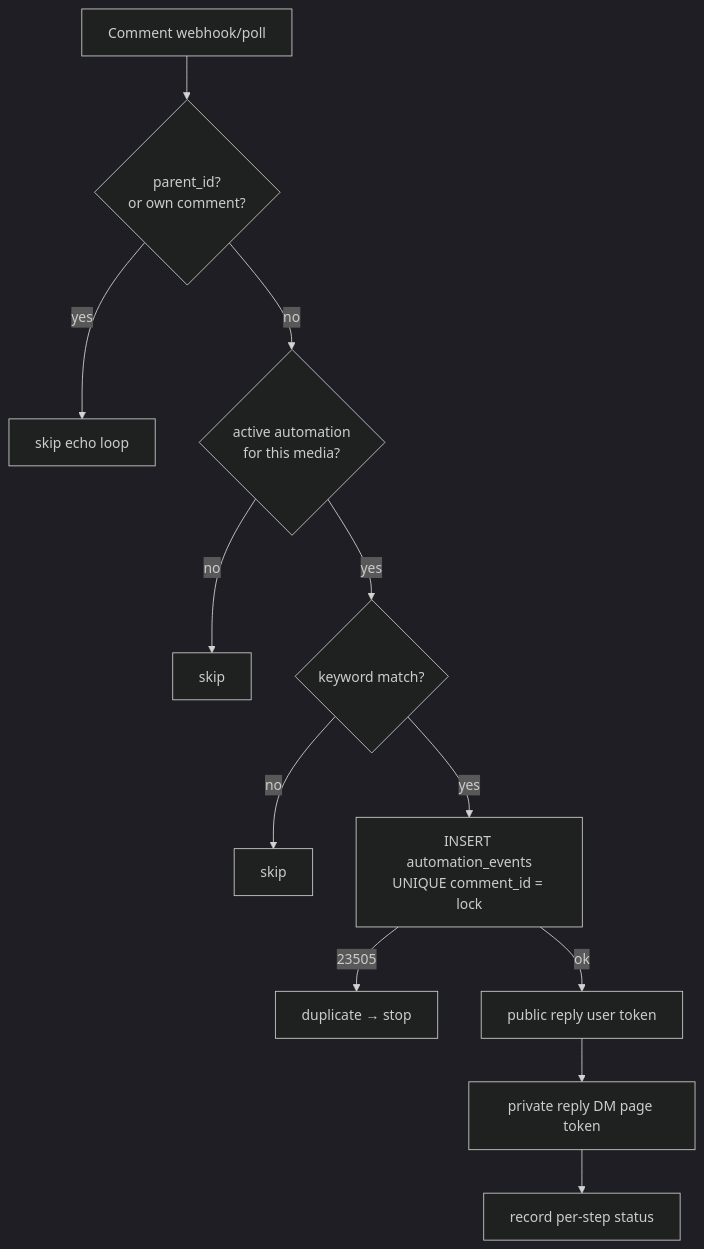
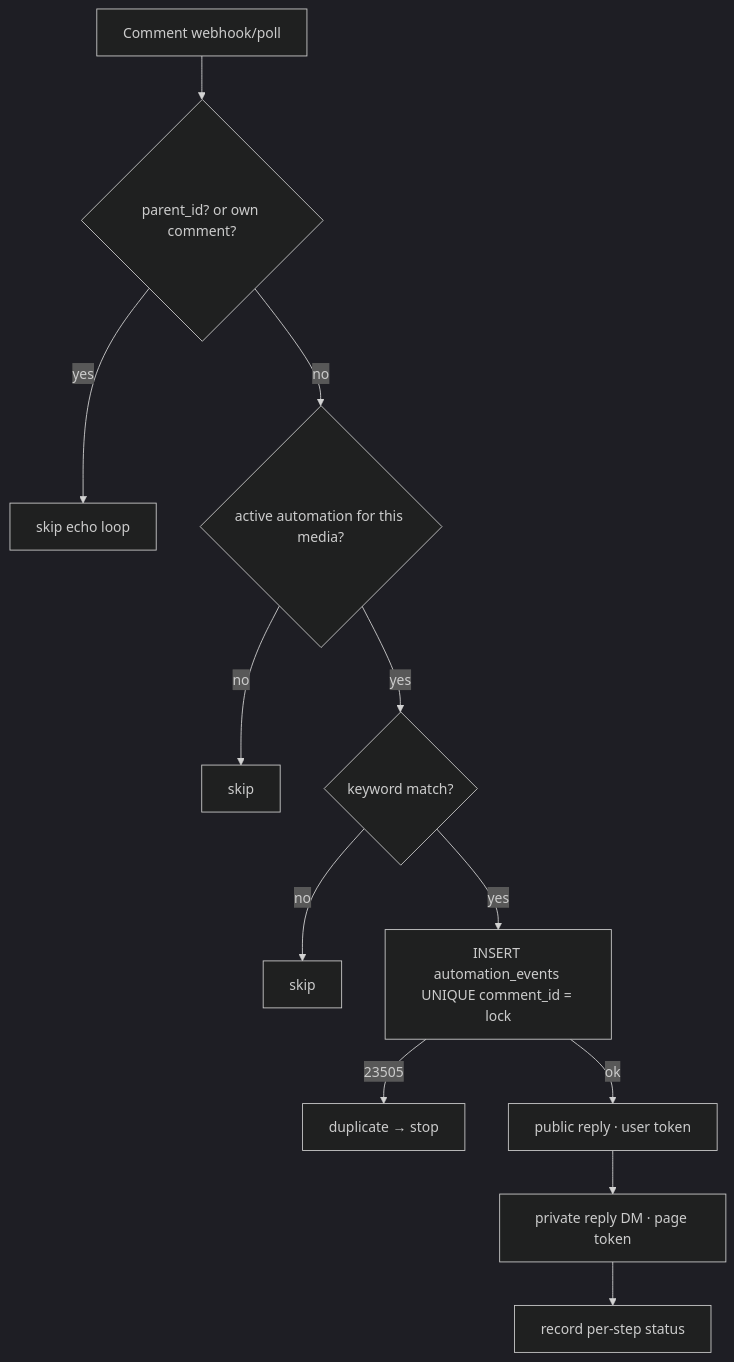
Before and after one commit to EngMajdSayedTaha/reelspy: the ninth of 11 diagrams in docs/product/01-technical-documentation.md, drawn with Mermaid (dark theme). The commit also changed other lines of this file and 11 other files, not shown here.

````diff
--- a/docs/product/01-technical-documentation.md
+++ b/docs/product/01-technical-documentation.md
@@ -317,14 +367,14 @@
 ```mermaid
 flowchart TD
-    EV[Comment webhook/poll] --> ECHO{parent_id?<br/>or own comment?}
+    EV[Comment webhook/poll] --> ECHO{parent_id? or own comment?}
     ECHO -->|yes| SKIP[skip echo loop]
-    ECHO -->|no| AUTO{active automation<br/>for this media?}
+    ECHO -->|no| AUTO{active automation for this media?}
     AUTO -->|no| SKIPNA[skip]
     AUTO -->|yes| KW{keyword match?}
     KW -->|no| SKIPNM[skip]
-    KW -->|yes| LOCK[INSERT automation_events<br/>UNIQUE comment_id = lock]
+    KW -->|yes| LOCK[INSERT automation_events UNIQUE comment_id = lock]
     LOCK -->|23505| DUP[duplicate → stop]
-    LOCK -->|ok| PUB[public reply user token]
-    PUB --> DM[private reply DM page token]
+    LOCK -->|ok| PUB[public reply · user token]
+    PUB --> DM[private reply DM · page token]
     DM --> REC[record per-step status]
 ```
````
